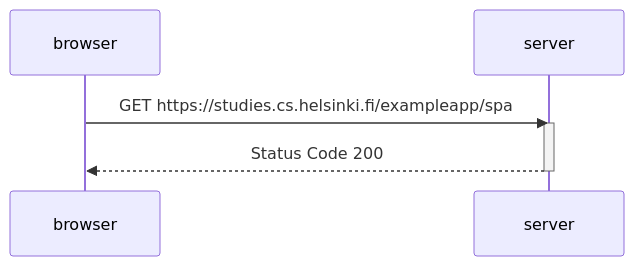
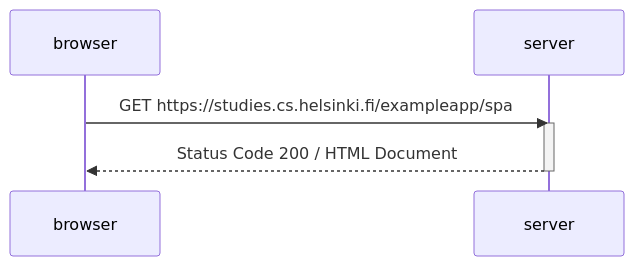
Before and after one commit to Avensi/moocfullstack2023: the diagram in part0/Single app diagram.md, drawn with Mermaid.

Commit message:
Update Single app diagram.md

````diff
--- a/part0/Single app diagram.md
+++ b/part0/Single app diagram.md
@@ -1,11 +1,11 @@
 ```mermaid
 sequenceDiagram
     participant browser
     participant server
 
     browser->>server: GET  https://studies.cs.helsinki.fi/exampleapp/spa
     activate server
-    server-->>browser: Status Code 200
+    server-->>browser: Status Code 200 / HTML Document
     deactivate server
 
    ```
````
